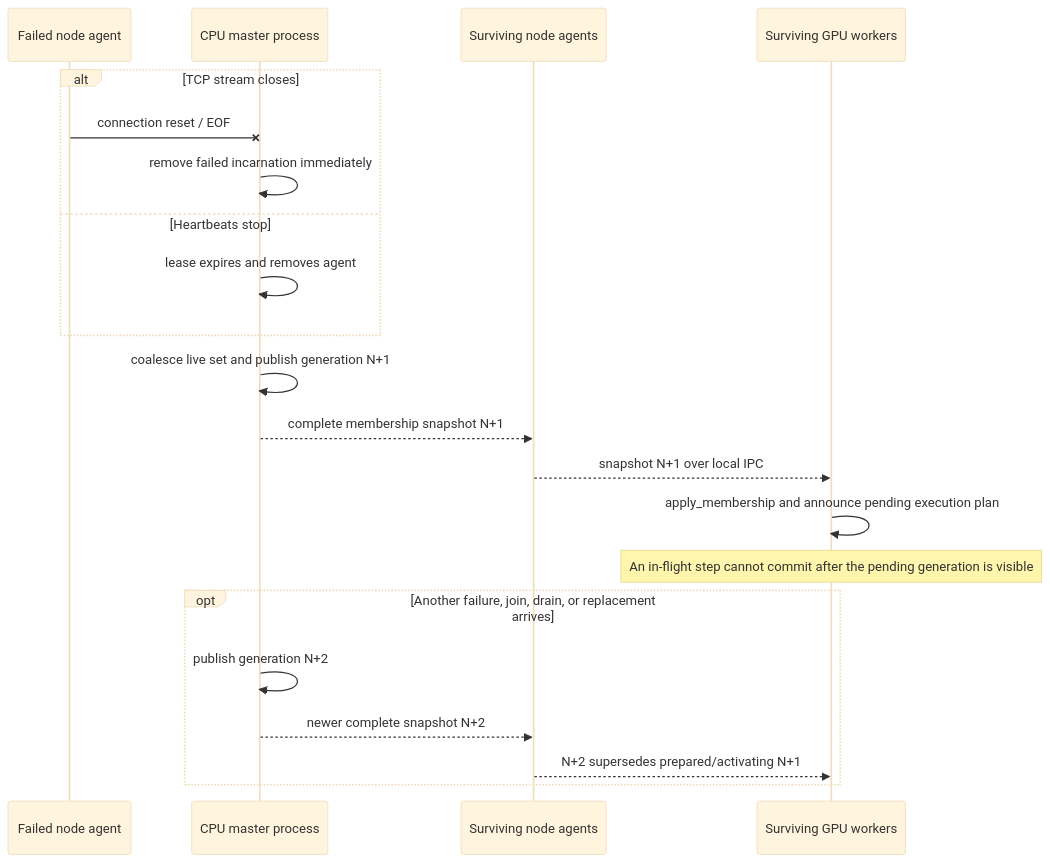
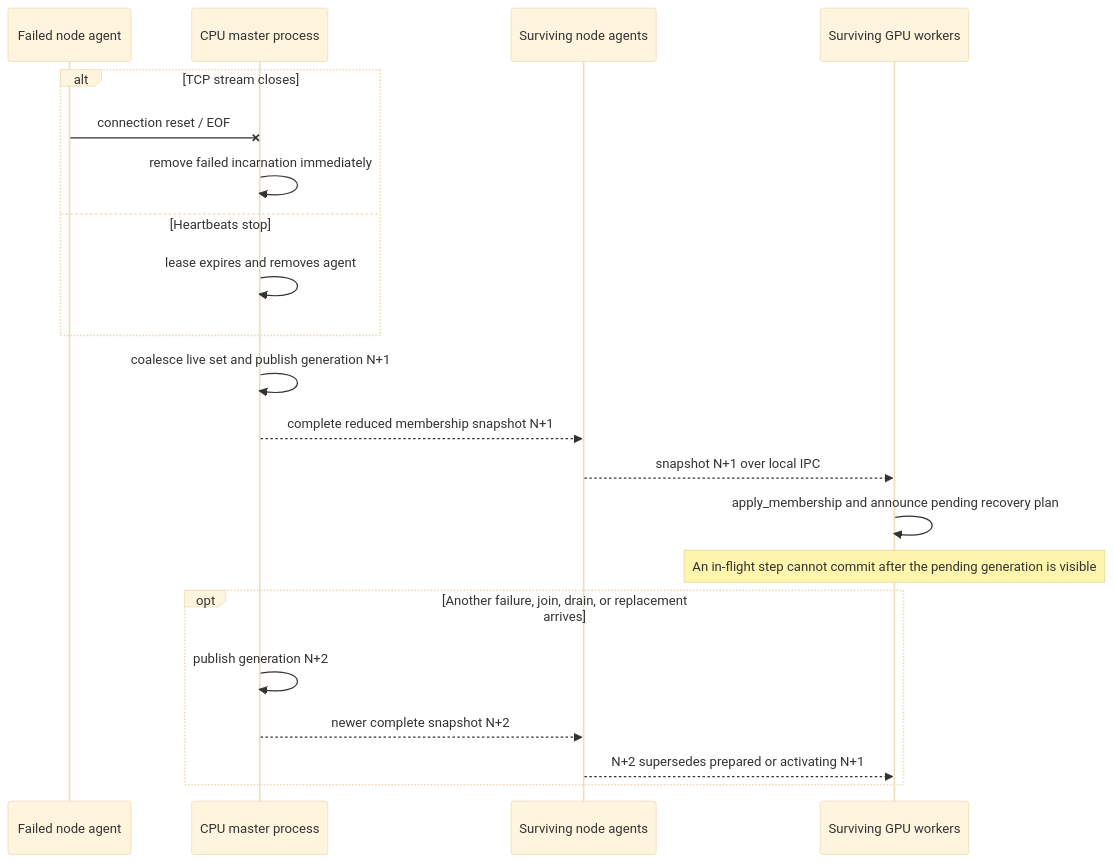
One commit to SymbioticLab/Oobleck changed the sixth of 8 diagrams in lifecycle.md. Above: the diagram before and after it, drawn with Mermaid (base theme). The commit also changed other lines of this file, not shown here.

Commit message:
Restructure membership lifecycle guide

````diff
--- a/lifecycle.md
+++ b/lifecycle.md
@@ -296,24 +309,24 @@
 ```mermaid
 sequenceDiagram
     participant FA as Failed node agent
     participant M as CPU master process
     participant SA as Surviving node agents
     participant SW as Surviving GPU workers
 
     alt TCP stream closes
         FA-xM: connection reset / EOF
         M->>M: remove failed incarnation immediately
     else Heartbeats stop
         M->>M: lease expires and removes agent
     end
     M->>M: coalesce live set and publish generation N+1
-    M-->>SA: complete membership snapshot N+1
+    M-->>SA: complete reduced membership snapshot N+1
     SA-->>SW: snapshot N+1 over local IPC
-    SW->>SW: apply_membership and announce pending execution plan
+    SW->>SW: apply_membership and announce pending recovery plan
     Note over SW: An in-flight step cannot commit after the pending generation is visible
     opt Another failure, join, drain, or replacement arrives
         M->>M: publish generation N+2
         M-->>SA: newer complete snapshot N+2
-        SA-->>SW: N+2 supersedes prepared/activating N+1
+        SA-->>SW: N+2 supersedes prepared or activating N+1
     end
 ```
````
